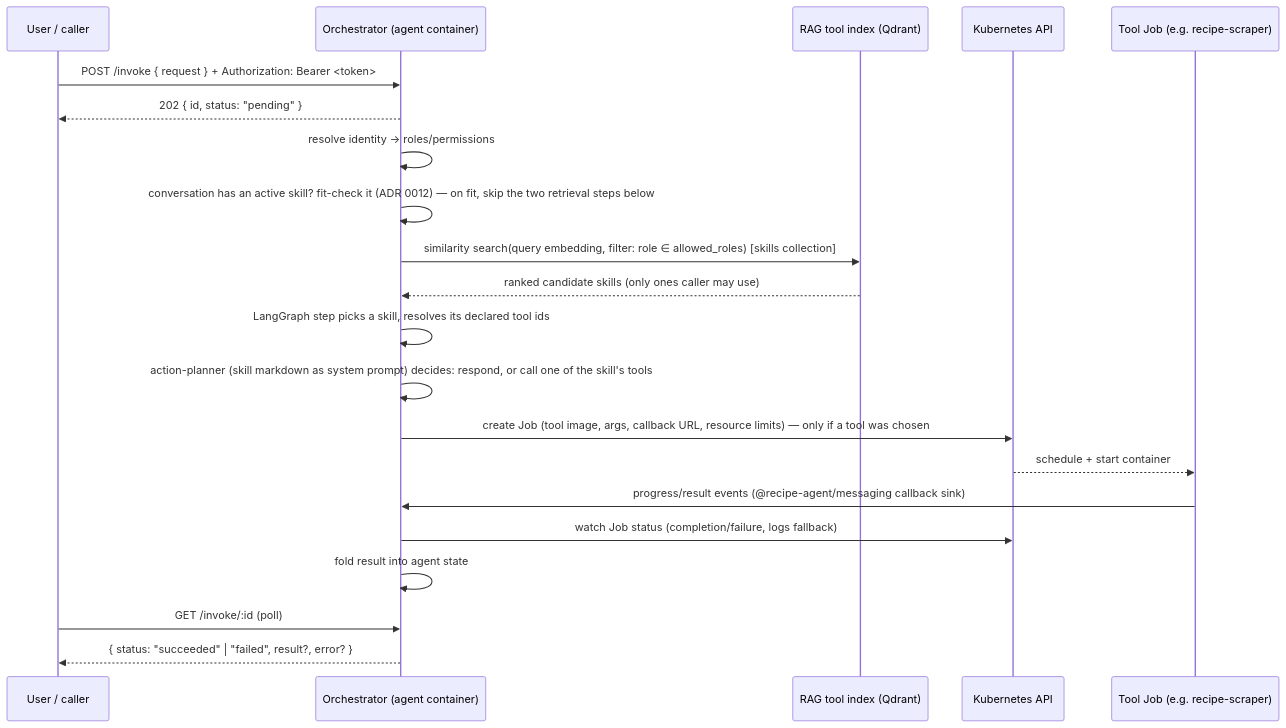
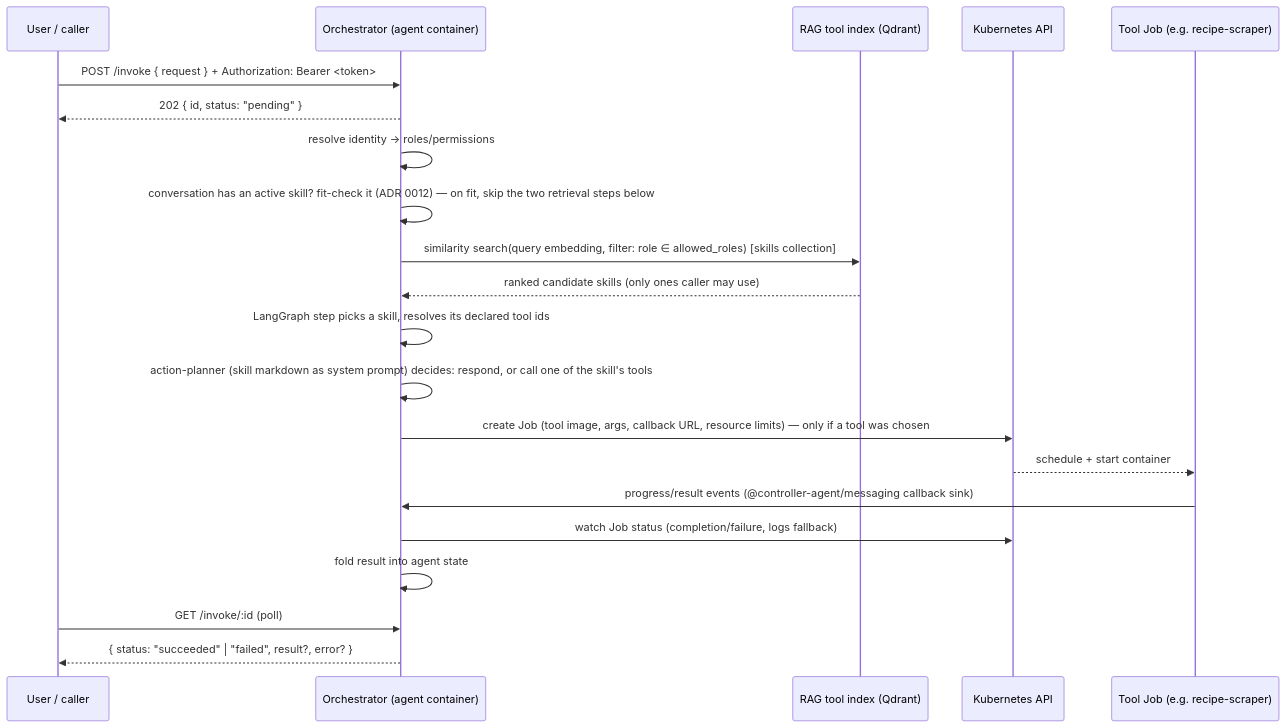
The diagram in docs/orchestrator.md (imaustink/agent-controller), drawn with Mermaid before and after one commit. The commit also changed other lines of this file and 105 other files, not shown here.

First line of the commit message:
Rename project to controller-agent

````diff
--- a/docs/orchestrator.md
+++ b/docs/orchestrator.md
@@ -32,24 +32,24 @@
 ```mermaid
 sequenceDiagram
     participant U as User / caller
     participant O as Orchestrator (agent container)
     participant R as RAG tool index (Qdrant)
     participant K as Kubernetes API
     participant T as Tool Job (e.g. recipe-scraper)
 
     U->>O: POST /invoke { request } + Authorization: Bearer <token>
     O-->>U: 202 { id, status: "pending" }
     O->>O: resolve identity -> roles/permissions
     O->>O: conversation has an active skill? fit-check it (ADR 0012) — on fit, skip the two retrieval steps below
     O->>R: similarity search(query embedding, filter: role ∈ allowed_roles) [skills collection]
     R-->>O: ranked candidate skills (only ones caller may use)
     O->>O: LangGraph step picks a skill, resolves its declared tool ids
     O->>O: action-planner (skill markdown as system prompt) decides: respond, or call one of the skill's tools
     O->>K: create Job (tool image, args, callback URL, resource limits) — only if a tool was chosen
     K-->>T: schedule + start container
-    T->>O: progress/result events (@recipe-agent/messaging callback sink)
+    T->>O: progress/result events (@controller-agent/messaging callback sink)
     O->>K: watch Job status (completion/failure, logs fallback)
     O->>O: fold result into agent state
     U->>O: GET /invoke/:id (poll)
     O-->>U: { status: "succeeded" | "failed", result?, error? }
 ```
````
